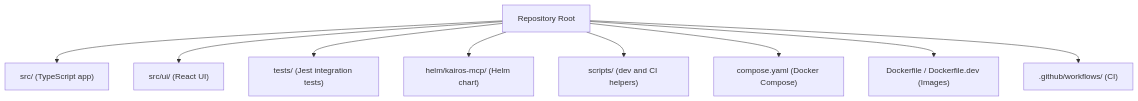
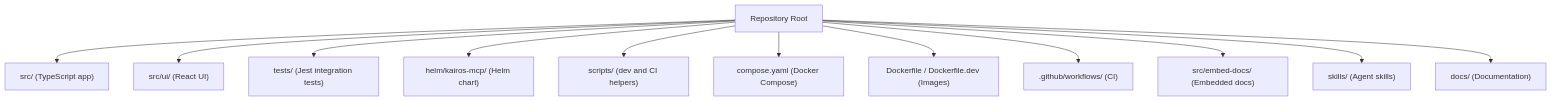
One commit to debian777/kairos-mcp changed the first of 8 diagrams in .qoder/repowiki/en/content/Contributing & Development.md. Above: the diagram before and after it, drawn with Mermaid. The commit also changed other lines of this file and 17 other files, not shown here.

````diff
--- a/.qoder/repowiki/en/content/Contributing & Development.md
+++ b/.qoder/repowiki/en/content/Contributing & Development.md
@@ -46,11 +54,14 @@
 ```mermaid
 graph TB
 A["Repository Root"] --> B["src/ (TypeScript app)"]
 A --> C["src/ui/ (React UI)"]
 A --> D["tests/ (Jest integration tests)"]
 A --> E["helm/kairos-mcp/ (Helm chart)"]
 A --> F["scripts/ (dev and CI helpers)"]
 A --> G["compose.yaml (Docker Compose)"]
 A --> H["Dockerfile / Dockerfile.dev (Images)"]
 A --> I[".github/workflows/ (CI)"]
+A --> J["src/embed-docs/ (Embedded docs)"]
+A --> K["skills/ (Agent skills)"]
+A --> L["docs/ (Documentation)"]
 ```
````
